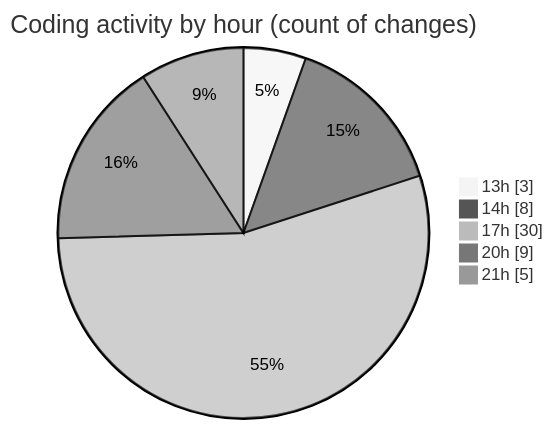
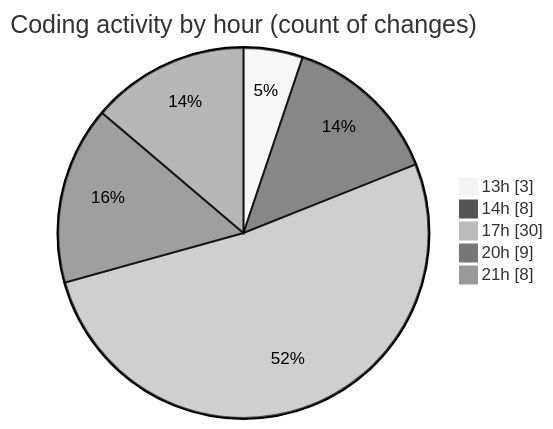
One commit to NitaiMahat/code-tracking changed the second of 2 diagrams in 2025-02-04/recipe-page-main/README.md. Above: the diagram before and after it, drawn with Mermaid (neutral theme). The commit also changed other lines of this file and 1 other file, not shown here.

````diff
--- a/2025-02-04/recipe-page-main/README.md
+++ b/2025-02-04/recipe-page-main/README.md
@@ -30,9 +30,9 @@
 ```mermaid
 pie showData
 title Coding activity by hour (count of changes)
 "13h" : 3
 "14h" : 8
 "17h" : 30
 "20h" : 9
-"21h" : 5
+"21h" : 8
 ```
````
